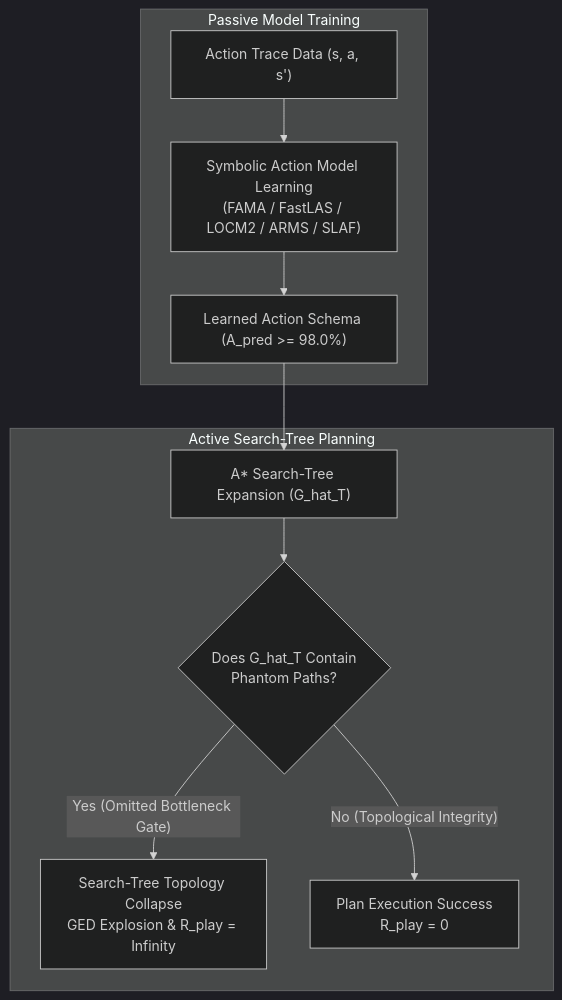
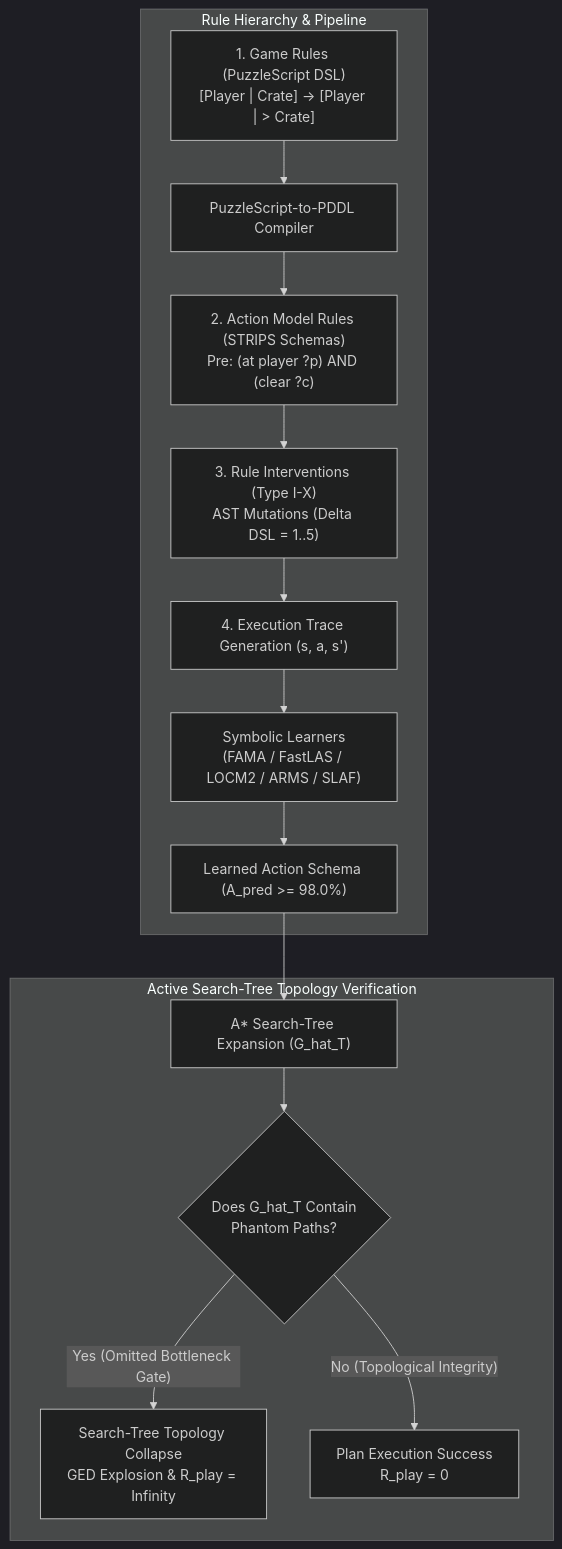
Before and after one commit to minhphuc477/symbolic-action-model-verification: the diagram in literature/paper1_ieee_tog_manuscript.md, drawn with Mermaid (dark theme). The commit also changed other lines of this file and 1 other file, not shown here.

Commit message:
docs(theory): formalize 4-Tier Rule Hierarchy and compiler pipeline in monograph and manuscript

````diff
--- a/literature/paper1_ieee_tog_manuscript.md
+++ b/literature/paper1_ieee_tog_manuscript.md
@@ -21,14 +21,18 @@
 ```mermaid
 flowchart TD
-    subgraph Passive Model Training
-        T1["Action Trace Data (s, a, s')"] --> T2["Symbolic Action Model Learning<br/>(FAMA / FastLAS / LOCM2 / ARMS / SLAF)"]
-        T2 --> T3["Learned Action Schema (A_pred >= 98.0%)"]
+    subgraph Rule Hierarchy & Pipeline
+        R1["1. Game Rules (PuzzleScript DSL)<br/>[Player | Crate] -> [Player | > Crate]"] --> C1["PuzzleScript-to-PDDL Compiler"]
+        C1 --> R2["2. Action Model Rules (STRIPS Schemas)<br/>Pre: (at player ?p) AND (clear ?c)"]
+        R2 --> R3["3. Rule Interventions (Type I-X)<br/>AST Mutations (Delta DSL = 1..5)"]
+        R3 --> R4["4. Execution Trace Generation (s, a, s')"]
+        R4 --> L1["Symbolic Learners<br/>(FAMA / FastLAS / LOCM2 / ARMS / SLAF)"]
+        L1 --> L2["Learned Action Schema (A_pred >= 98.0%)"]
     end
 
-    subgraph Active Search-Tree Planning
-        T3 --> P1["A* Search-Tree Expansion (G_hat_T)"]
+    subgraph Active Search-Tree Topology Verification
+        L2 --> P1["A* Search-Tree Expansion (G_hat_T)"]
         P1 --> P2{"Does G_hat_T Contain<br/>Phantom Paths?"}
         P2 -- "Yes (Omitted Bottleneck Gate)" --> P3["Search-Tree Topology Collapse<br/>GED Explosion & R_play = Infinity"]
         P2 -- "No (Topological Integrity)" --> P4["Plan Execution Success<br/>R_play = 0"]
     end
 ```
````
